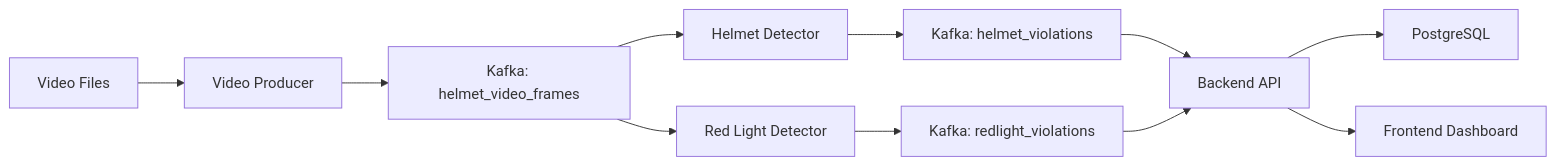
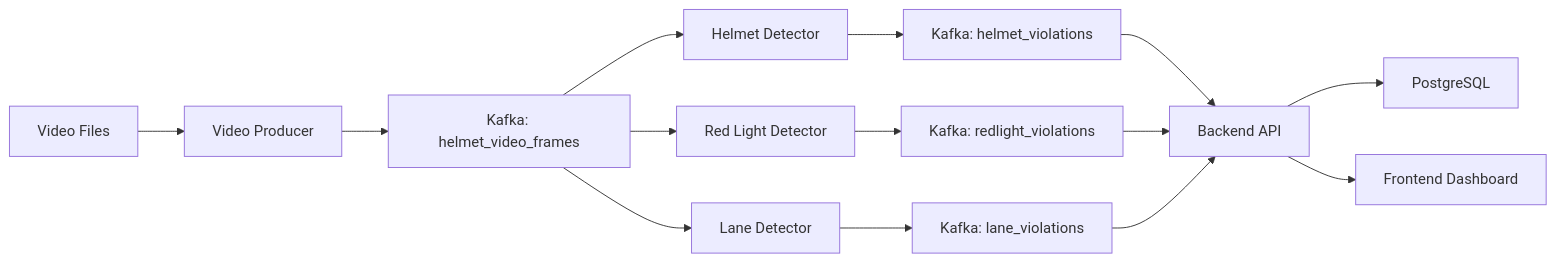
The diagram in QUICKSTART.md (nguyencongtu2004/cardiac_prediction), drawn with Mermaid before and after one commit. The commit also changed other lines of this file and 7 other files, not shown here.

Commit message:
feat: Implement lane violation detection with new detector, consumer, dedicated script, database table, ROI configuration, and documentation updates.

````diff
--- a/QUICKSTART.md
+++ b/QUICKSTART.md
@@ -17,13 +15,16 @@
 ```mermaid
 graph LR
     A[Video Files] --> B[Video Producer]
     B --> C[Kafka: helmet_video_frames]
     C --> D[Helmet Detector]
     C --> E[Red Light Detector]
-    D --> F[Kafka: helmet_violations]
-    E --> G[Kafka: redlight_violations]
-    F --> H[Backend API]
-    G --> H
-    H --> I[PostgreSQL]
-    H --> J[Frontend Dashboard]
+    C --> F[Lane Detector]
+    D --> G[Kafka: helmet_violations]
+    E --> H[Kafka: redlight_violations]
+    F --> I[Kafka: lane_violations]
+    G --> J[Backend API]
+    H --> J
+    I --> J
+    J --> K[PostgreSQL]
+    J --> L[Frontend Dashboard]
 ```
````
